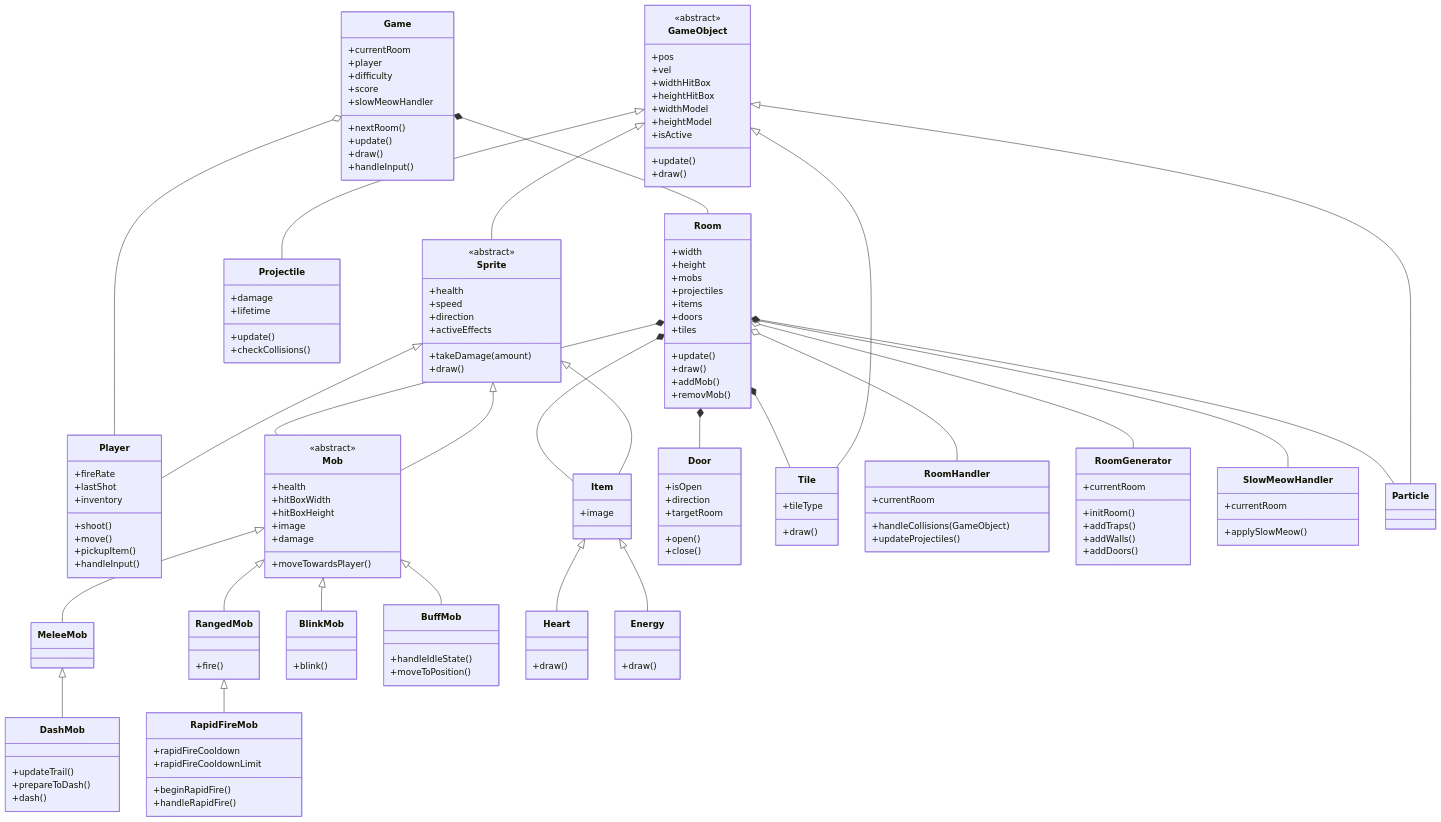
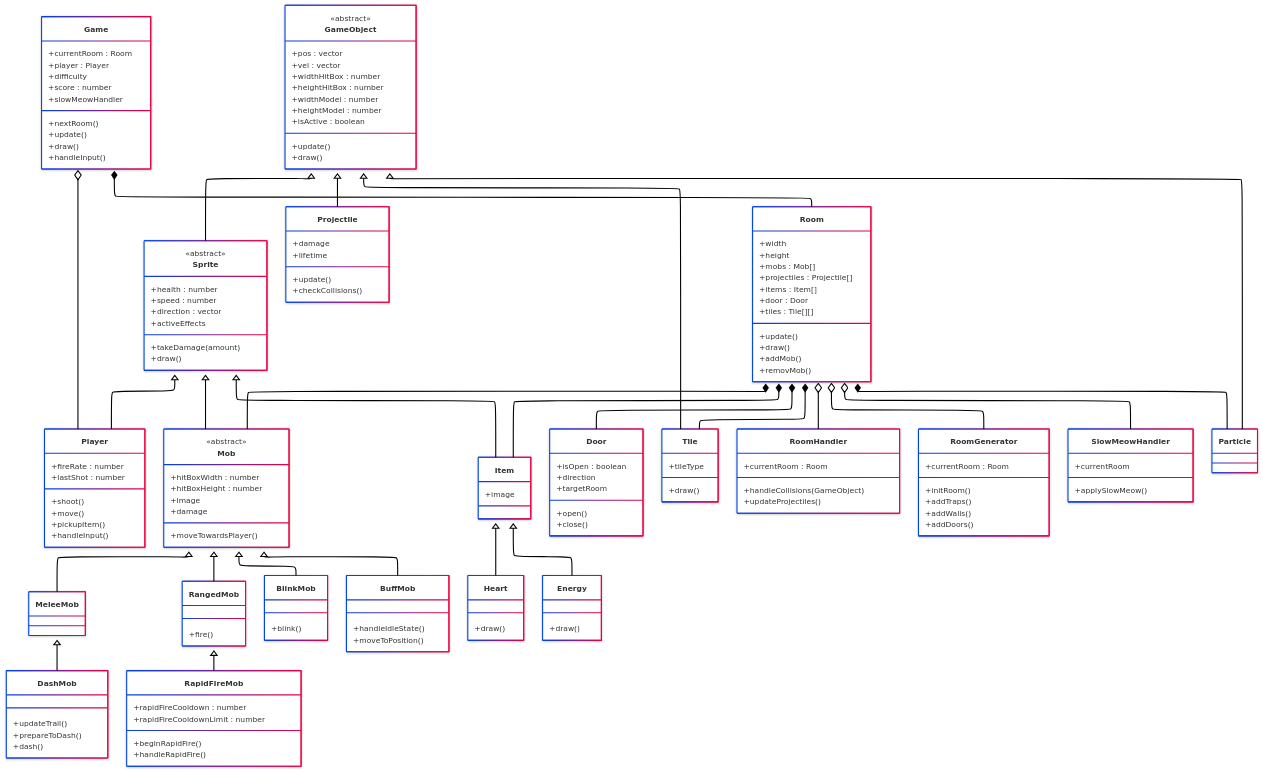
Before and after one commit to UoB-COMSM0166/2025-group-28: the diagram in projdocs/Design Artefacts/class-diagram/UML.mermaid, drawn with Mermaid. The commit also changed other lines of this file, not shown here.

Commit message:
update uml AGAIN

```diff
--- a/projdocs/Design Artefacts/class-diagram/UML.mermaid
+++ b/projdocs/Design Artefacts/class-diagram/UML.mermaid
@@ -1,176 +1,158 @@
+---
+config:
+  theme: neo
+  layout: elk
+  look: neo
+---
 classDiagram
     class Game {
-        +currentRoom
-        +player
+        +currentRoom : Room
+        +player : Player
         +difficulty
-        +score
+        +score : number
         +slowMeowHandler
         +nextRoom()
         +update()
         +draw()
         +handleInput()
     }
-
     class GameObject {
         <<abstract>>
-        +pos
-        +vel
-        +widthHitBox
-        +heightHitBox
-        +widthModel
-        +heightModel
-        +isActive
+        +pos : vector
+        +vel : vector
+        +widthHitBox : number
+        +heightHitBox : number
+        +widthModel : number
+        +heightModel : number
+        +isActive : boolean
         +update()
         +draw()
     }
-
     class Sprite {
         <<abstract>>
-        +health
-        +speed
-        +direction
+        +health : number
+        +speed : number
+        +direction : vector
         +activeEffects
         +takeDamage(amount)
         +draw()
     }
-
     class Player {
-        +fireRate
-        +lastShot
-        +inventory
+        +fireRate : number
+        +lastShot : number
         +shoot()
         +move()
         +pickupItem()
         +handleInput()
     }
-
     class Mob {
         <<abstract>>
-        +health
-        +hitBoxWidth
-        +hitBoxHeight
+        +hitBoxWidth : number
+        +hitBoxHeight : number
         +image
         +damage
         +moveTowardsPlayer()
     }
-
     class MeleeMob {
     }
-
     class RangedMob {
         +fire()
     }
-
     class BlinkMob {
         +blink()
     }
-
     class BuffMob {
         +handleIdleState()
         +moveToPosition()
     }
-
     class DashMob {
         +updateTrail()
         +prepareToDash()
         +dash()
     }
-
     class RapidFireMob {
-        +rapidFireCooldown
-        +rapidFireCooldownLimit
+        +rapidFireCooldown : number
+        +rapidFireCooldownLimit : number
         +beginRapidFire()
         +handleRapidFire()
     }
-
     class Item {
-        +image
+        +image 
     }
-
     class Heart {
         +draw()
     }
-
     class Energy {
         +draw()
     }
-
     class Projectile {
         +damage
         +lifetime
         +update()
         +checkCollisions()
     }
-
     class Room {
         +width
         +height
-        +mobs
-        +projectiles
-        +items
-        +doors
-        +tiles
+        +mobs : Mob[]
+        +projectiles : Projectile[]
+        +items : Item[]
+        +door : Door
+        +tiles : Tile[][]
         +update()
         +draw()
         +addMob()
         +removMob()
     }
-
     class Door {
-        +isOpen
+        +isOpen : boolean
         +direction
         +targetRoom
         +open()
         +close()
     }
-
     class Tile {
         +tileType
         +draw()
     }
-
-
     class RoomHandler {
-        +currentRoom
+        +currentRoom : Room
         +handleCollisions(GameObject)
         +updateProjectiles()
     }
-
     class RoomGenerator {
-        +currentRoom
+        +currentRoom : Room
         +initRoom()
         +addTraps()
         +addWalls()
         +addDoors()
     }
-
     class SlowMeowHandler {
         +currentRoom
         +applySlowMeow()
     }
-
     Game o-- Player
     Game *-- Room
     Room *-- Door
     Room *-- Mob
     Room *-- Item
     Room *-- Tile
     Room *-- Particle
     Room o-- SlowMeowHandler
     Room o-- RoomHandler
     Room o-- RoomGenerator
     Sprite <|-- Player
     Sprite <|-- Mob
     Sprite <|-- Item
     Mob <|-- MeleeMob
     Mob <|-- RangedMob
     Mob <|-- BlinkMob
     Mob <|-- BuffMob
     MeleeMob <|-- DashMob
     RangedMob <|-- RapidFireMob
     GameObject <|-- Tile
     GameObject <|-- Sprite
     GameObject <|-- Projectile
     GameObject <|-- Particle
     Item <|-- Heart
     Item <|-- Energy
```
